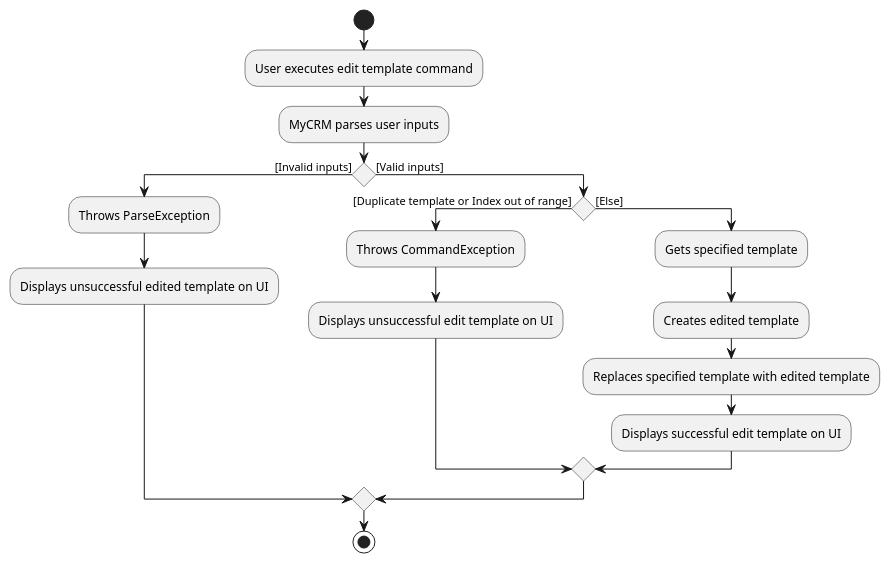
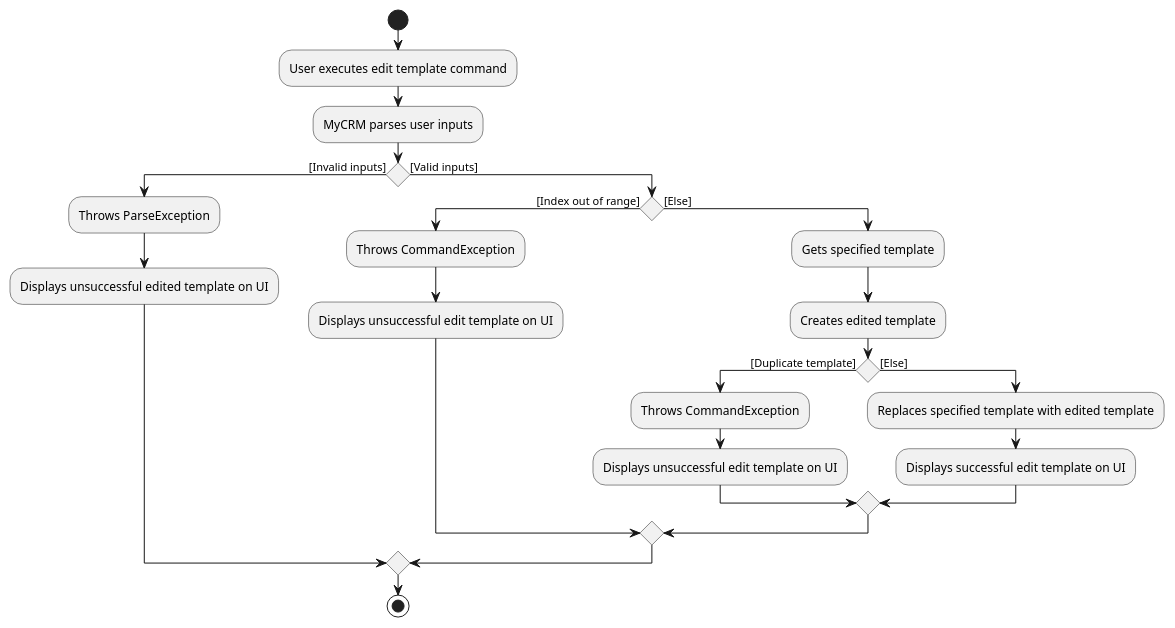
The diagram in docs/diagrams/mail/EditTemplateActivityDiagram.puml (ooawagaeri/tp), drawn with PlantUML before and after one commit. The commit also changed 6 other files, not shown here.

Commit message:
Fix DG template activity diagrams

```diff
--- a/docs/diagrams/mail/EditTemplateActivityDiagram.puml
+++ b/docs/diagrams/mail/EditTemplateActivityDiagram.puml
@@ -1,21 +1,26 @@
 @startuml
 start
 :User executes edit template command;
 :MyCRM parses user inputs;
 if () then ([Invalid inputs])
     :Throws ParseException;
     :Displays unsuccessful edited template on UI;
 else ([Valid inputs])
-    if () then ([Duplicate template or Index out of range])
+    if () then ([Index out of range])
         :Throws CommandException;
         :Displays unsuccessful edit template on UI;
     else ([Else])
         :Gets specified template;
         :Creates edited template;
-        :Replaces specified template with edited template;
-        :Displays successful edit template on UI;
+        if () then ([Duplicate template])
+            :Throws CommandException;
+            :Displays unsuccessful edit template on UI;
+        else ([Else])
+            :Replaces specified template with edited template;
+            :Displays successful edit template on UI;
+        endif
     endif
 endif
 stop
 
 @enduml
```
